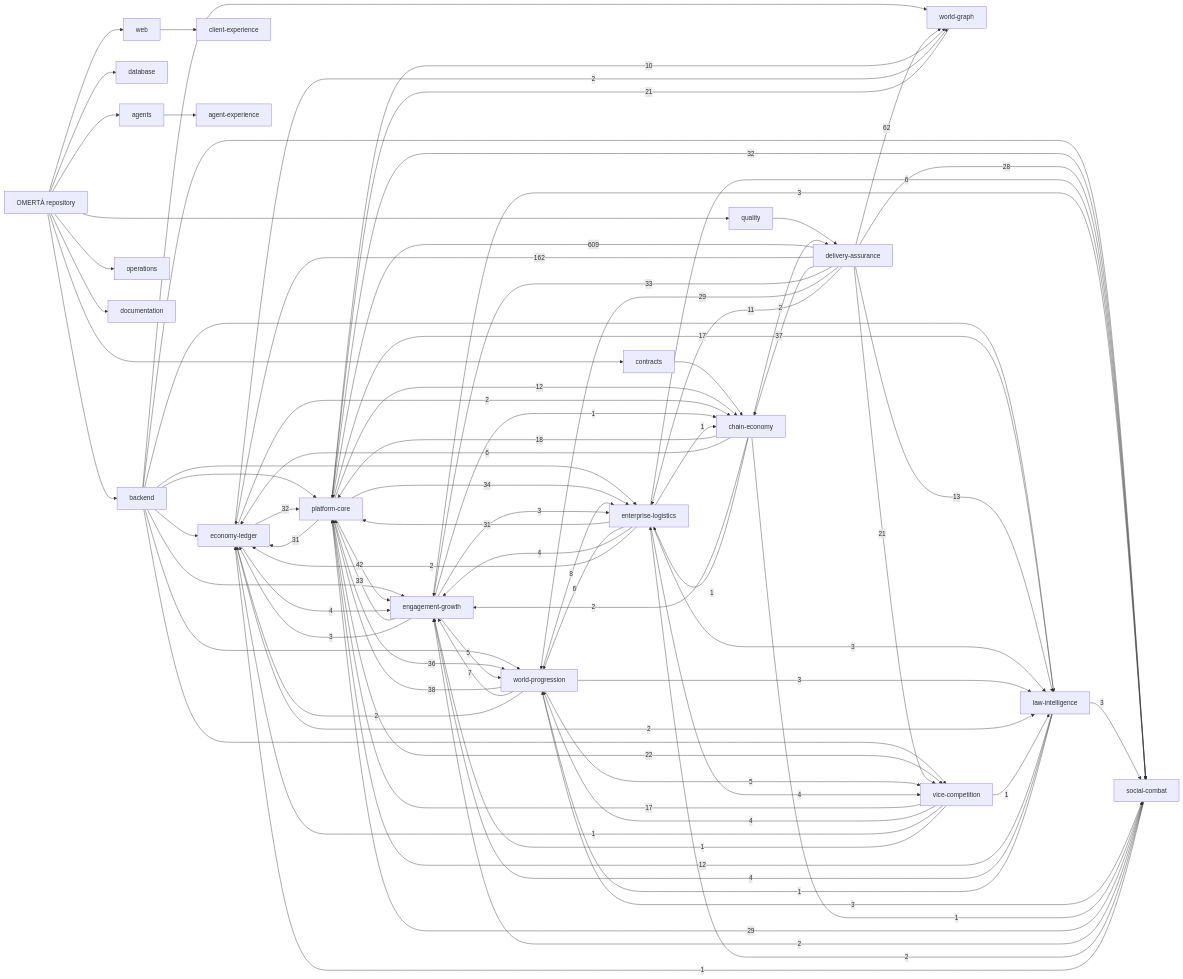
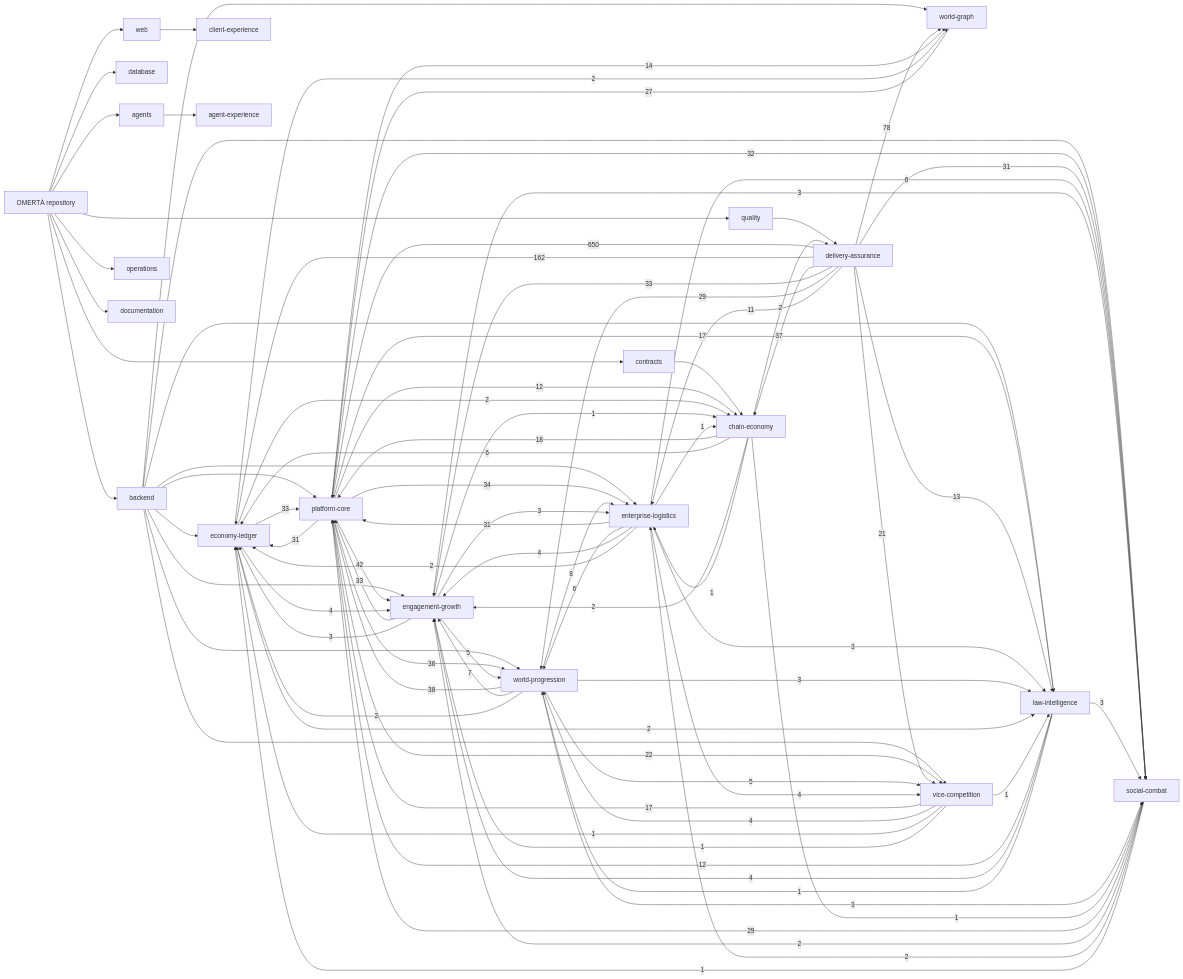
The diagram in knowledge/generated/graph.mmd (OmertaDev/Omerta), drawn with Mermaid before and after one commit. The commit also changed 8 other files, not shown here.

```diff
--- a/knowledge/generated/graph.mmd
+++ b/knowledge/generated/graph.mmd
@@ -1,109 +1,109 @@
 flowchart LR
   repo["OMERTÀ repository"]
   sub_backend["backend"]
   repo --> sub_backend
   sub_database["database"]
   repo --> sub_database
   sub_web["web"]
   repo --> sub_web
   sub_contracts["contracts"]
   repo --> sub_contracts
   sub_agents["agents"]
   repo --> sub_agents
   sub_quality["quality"]
   repo --> sub_quality
   sub_operations["operations"]
   repo --> sub_operations
   sub_documentation["documentation"]
   repo --> sub_documentation
   dom_platform-core["platform-core"]
   dom_economy-ledger["economy-ledger"]
   dom_social-combat["social-combat"]
   dom_world-progression["world-progression"]
   dom_world-graph["world-graph"]
   dom_enterprise-logistics["enterprise-logistics"]
   dom_vice-competition["vice-competition"]
   dom_law-intelligence["law-intelligence"]
   dom_chain-economy["chain-economy"]
   dom_engagement-growth["engagement-growth"]
   dom_client-experience["client-experience"]
   dom_agent-experience["agent-experience"]
   dom_delivery-assurance["delivery-assurance"]
   sub_agents --> dom_agent-experience
   sub_backend --> dom_economy-ledger
   sub_backend --> dom_engagement-growth
   sub_backend --> dom_enterprise-logistics
   sub_backend --> dom_law-intelligence
   sub_backend --> dom_platform-core
   sub_backend --> dom_social-combat
   sub_backend --> dom_vice-competition
   sub_backend --> dom_world-graph
   sub_backend --> dom_world-progression
   sub_contracts --> dom_chain-economy
   sub_quality --> dom_delivery-assurance
   sub_web --> dom_client-experience
-  dom_delivery-assurance -->|609| dom_platform-core
+  dom_delivery-assurance -->|650| dom_platform-core
   dom_delivery-assurance -->|162| dom_economy-ledger
-  dom_delivery-assurance -->|62| dom_world-graph
+  dom_delivery-assurance -->|78| dom_world-graph
   dom_platform-core -->|42| dom_engagement-growth
   dom_world-progression -->|38| dom_platform-core
   dom_delivery-assurance -->|37| dom_chain-economy
   dom_platform-core -->|36| dom_world-progression
   dom_platform-core -->|34| dom_enterprise-logistics
   dom_delivery-assurance -->|33| dom_engagement-growth
+  dom_economy-ledger -->|33| dom_platform-core
   dom_engagement-growth -->|33| dom_platform-core
-  dom_economy-ledger -->|32| dom_platform-core
   dom_platform-core -->|32| dom_social-combat
+  dom_delivery-assurance -->|31| dom_social-combat
   dom_enterprise-logistics -->|31| dom_platform-core
   dom_platform-core -->|31| dom_economy-ledger
   dom_delivery-assurance -->|29| dom_world-progression
   dom_social-combat -->|29| dom_platform-core
-  dom_delivery-assurance -->|28| dom_social-combat
+  dom_world-graph -->|27| dom_platform-core
   dom_platform-core -->|22| dom_vice-competition
   dom_delivery-assurance -->|21| dom_vice-competition
-  dom_world-graph -->|21| dom_platform-core
   dom_chain-economy -->|18| dom_platform-core
   dom_platform-core -->|17| dom_law-intelligence
   dom_vice-competition -->|17| dom_platform-core
+  dom_platform-core -->|14| dom_world-graph
   dom_delivery-assurance -->|13| dom_law-intelligence
   dom_law-intelligence -->|12| dom_platform-core
   dom_platform-core -->|12| dom_chain-economy
   dom_delivery-assurance -->|11| dom_enterprise-logistics
-  dom_platform-core -->|10| dom_world-graph
   dom_world-progression -->|8| dom_enterprise-logistics
   dom_world-progression -->|7| dom_engagement-growth
   dom_chain-economy -->|6| dom_economy-ledger
   dom_enterprise-logistics -->|6| dom_social-combat
   dom_enterprise-logistics -->|6| dom_world-progression
   dom_engagement-growth -->|5| dom_world-progression
   dom_world-progression -->|5| dom_vice-competition
   dom_economy-ledger -->|4| dom_engagement-growth
   dom_enterprise-logistics -->|4| dom_engagement-growth
   dom_enterprise-logistics -->|4| dom_vice-competition
   dom_law-intelligence -->|4| dom_engagement-growth
   dom_vice-competition -->|4| dom_world-progression
   dom_engagement-growth -->|3| dom_economy-ledger
   dom_engagement-growth -->|3| dom_enterprise-logistics
   dom_engagement-growth -->|3| dom_social-combat
   dom_enterprise-logistics -->|3| dom_law-intelligence
   dom_law-intelligence -->|3| dom_social-combat
   dom_world-progression -->|3| dom_law-intelligence
   dom_world-progression -->|3| dom_social-combat
   dom_chain-economy -->|2| dom_delivery-assurance
   dom_chain-economy -->|2| dom_engagement-growth
   dom_economy-ledger -->|2| dom_chain-economy
   dom_economy-ledger -->|2| dom_law-intelligence
   dom_economy-ledger -->|2| dom_world-graph
   dom_enterprise-logistics -->|2| dom_economy-ledger
   dom_social-combat -->|2| dom_engagement-growth
   dom_social-combat -->|2| dom_enterprise-logistics
   dom_world-progression -->|2| dom_economy-ledger
   dom_chain-economy -->|1| dom_enterprise-logistics
   dom_chain-economy -->|1| dom_social-combat
   dom_engagement-growth -->|1| dom_chain-economy
   dom_enterprise-logistics -->|1| dom_chain-economy
   dom_law-intelligence -->|1| dom_world-progression
   dom_social-combat -->|1| dom_economy-ledger
   dom_vice-competition -->|1| dom_economy-ledger
   dom_vice-competition -->|1| dom_engagement-growth
   dom_vice-competition -->|1| dom_law-intelligence
```
